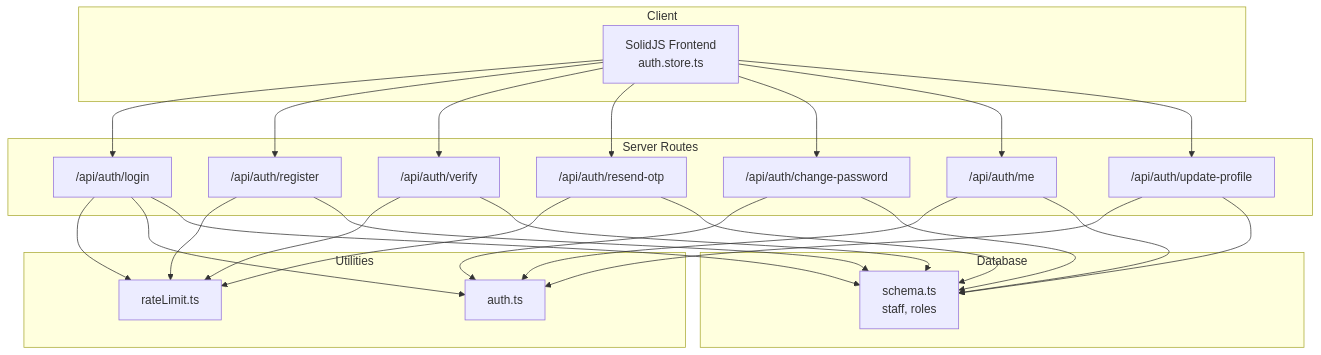
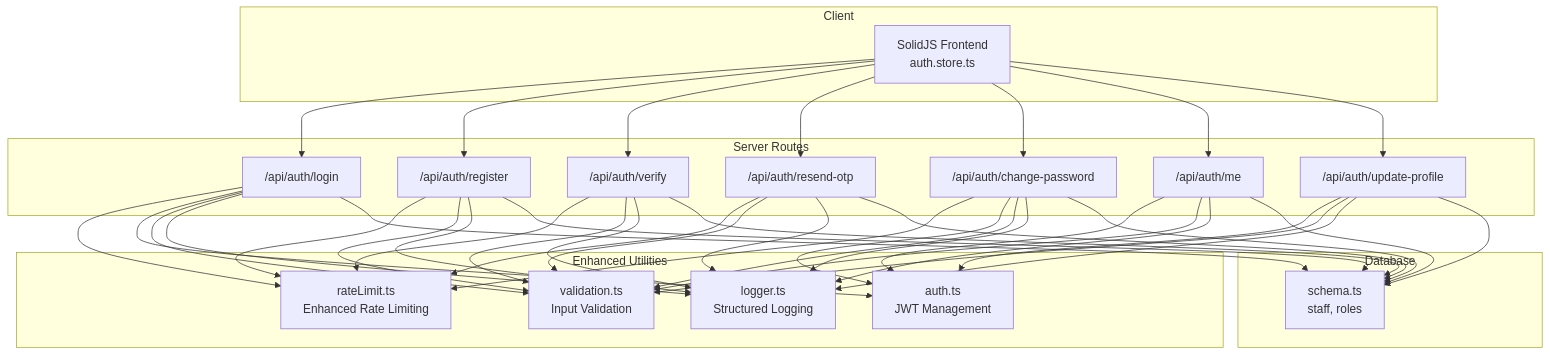
The first of 3 diagrams in .qoder/repowiki/en/content/API Reference/Authentication API.md (riod94/ngepos), drawn with Mermaid before and after one commit. The commit also changed other lines of this file and 51 other files, not shown here.

````diff
--- a/.qoder/repowiki/en/content/API Reference/Authentication API.md
+++ b/.qoder/repowiki/en/content/API Reference/Authentication API.md
@@ -35,44 +46,61 @@
 ```mermaid
 graph TB
 subgraph "Client"
 FE["SolidJS Frontend<br/>auth.store.ts"]
 end
 subgraph "Server Routes"
 R1["/api/auth/login"]
 R2["/api/auth/register"]
 R3["/api/auth/verify"]
 R4["/api/auth/resend-otp"]
 R5["/api/auth/change-password"]
 R6["/api/auth/me"]
 R7["/api/auth/update-profile"]
 end
-subgraph "Utilities"
-RL["rateLimit.ts"]
-AU["auth.ts"]
+subgraph "Enhanced Utilities"
+RL["rateLimit.ts<br/>Enhanced Rate Limiting"]
+AU["auth.ts<br/>JWT Management"]
+VL["validation.ts<br/>Input Validation"]
+LG["logger.ts<br/>Structured Logging"]
 end
 subgraph "Database"
 SCH["schema.ts<br/>staff, roles"]
 end
 FE --> R1
 FE --> R2
 FE --> R3
 FE --> R4
 FE --> R5
 FE --> R6
 FE --> R7
 R1 --> RL
 R2 --> RL
 R3 --> RL
 R4 --> RL
+R5 --> RL
 R1 --> AU
 R5 --> AU
 R6 --> AU
 R7 --> AU
+R1 --> VL
+R2 --> VL
+R3 --> VL
+R4 --> VL
+R5 --> VL
+R6 --> VL
+R7 --> VL
+R1 --> LG
+R2 --> LG
+R3 --> LG
+R4 --> LG
+R5 --> LG
+R6 --> LG
+R7 --> LG
 R1 --> SCH
 R2 --> SCH
 R3 --> SCH
 R4 --> SCH
 R5 --> SCH
 R6 --> SCH
 R7 --> SCH
 ```
````
